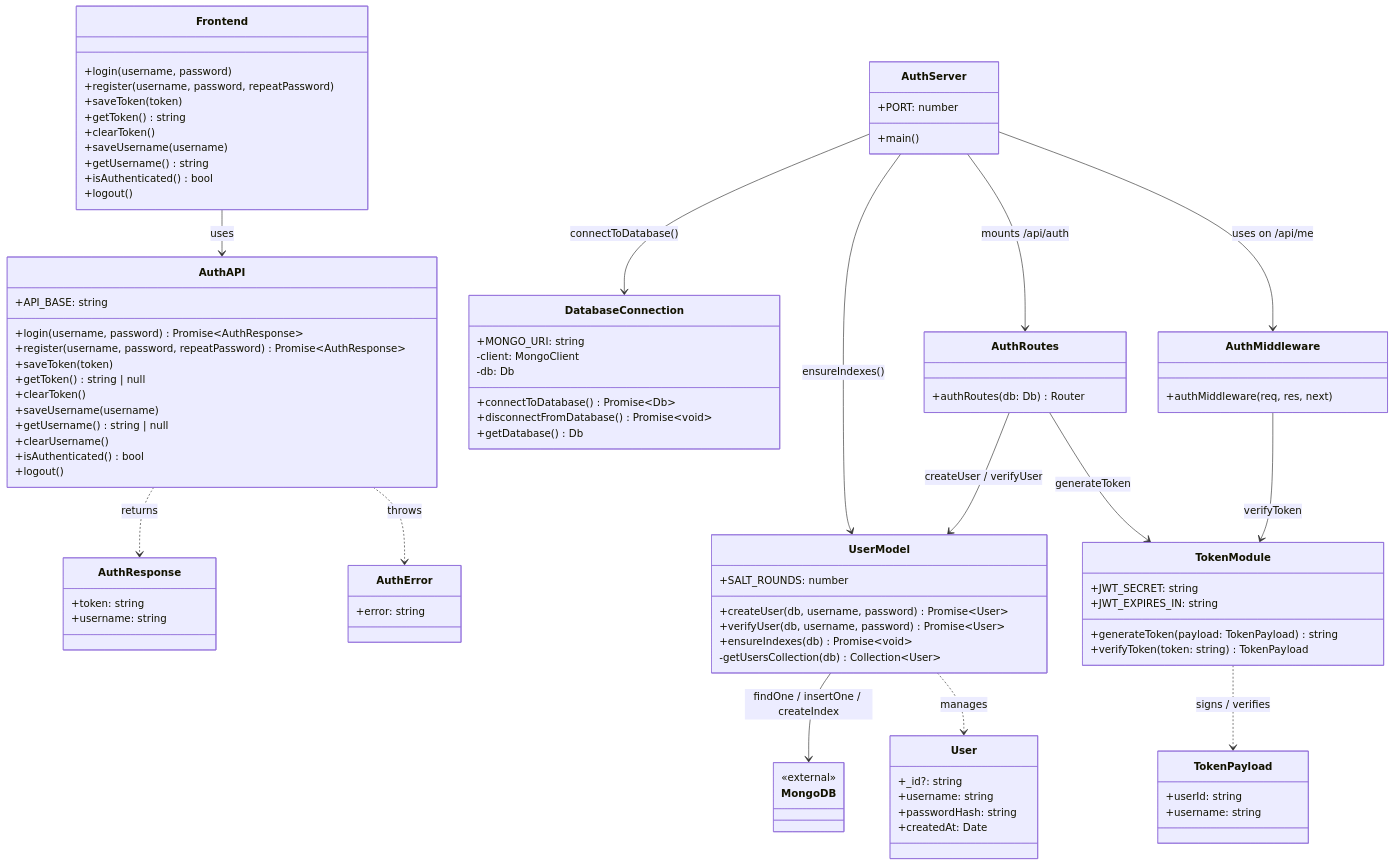
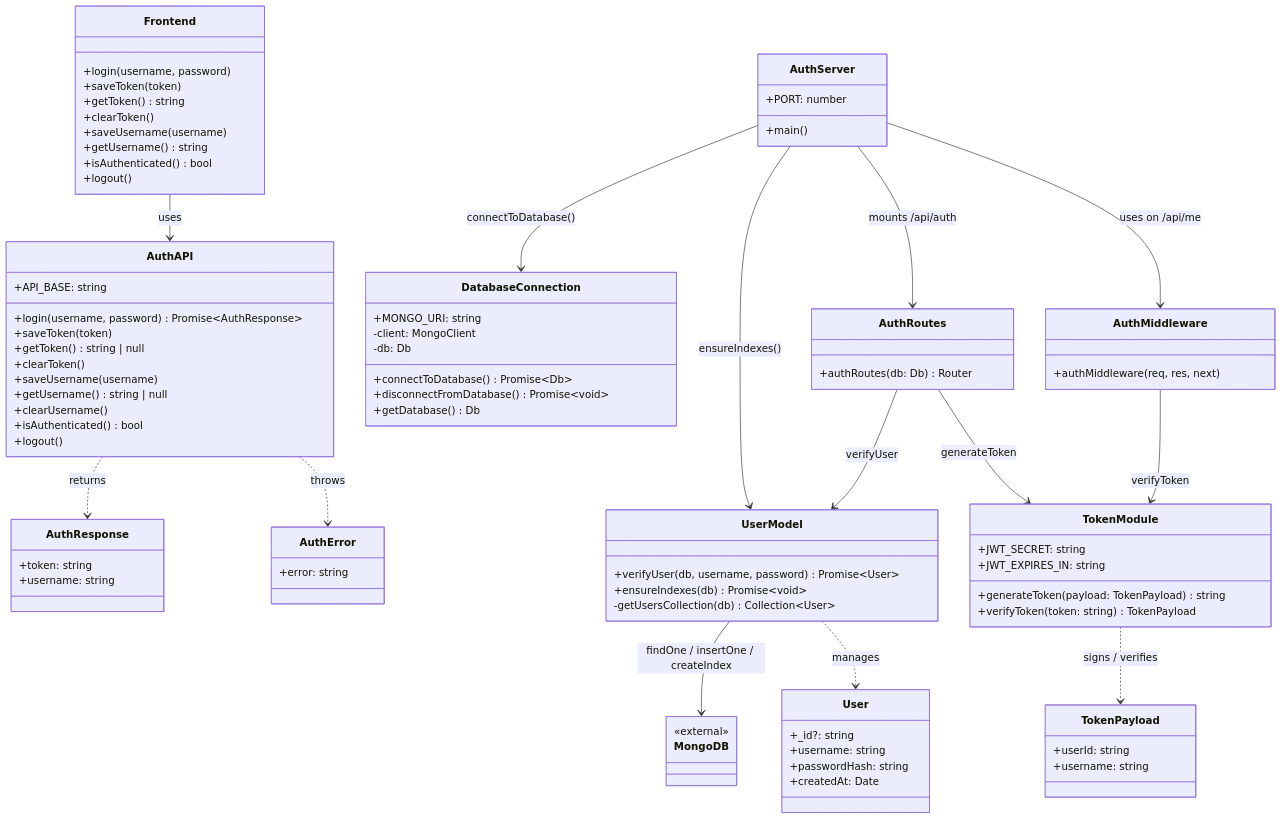
The diagram in docs/auth/AUTH_CLASS.md (franciscosuca/exan), drawn with Mermaid before and after one commit. The commit also changed other lines of this file and 10 other files, not shown here.

```diff
--- a/docs/auth/AUTH_CLASS.md
+++ b/docs/auth/AUTH_CLASS.md
@@ -8,7 +8,6 @@
 
     class Frontend {
         +login(username, password)
-        +register(username, password, repeatPassword)
         +saveToken(token)
         +getToken() string
         +clearToken()
@@ -21,7 +20,6 @@
     class AuthAPI {
         +API_BASE: string
         +login(username, password) Promise~AuthResponse~
-        +register(username, password, repeatPassword) Promise~AuthResponse~
         +saveToken(token)
         +getToken() string | null
         +clearToken()
@@ -60,8 +58,6 @@
     }
 
     class UserModel {
-        +SALT_ROUNDS: number
-        +createUser(db, username, password) Promise~User~
         +verifyUser(db, username, password) Promise~User~
         +ensureIndexes(db) Promise~void~
         -getUsersCollection(db) Collection~User~
@@ -103,7 +99,7 @@
     AuthServer --> AuthRoutes : mounts /api/auth
     AuthServer --> AuthMiddleware : uses on /api/me
 
-    AuthRoutes --> UserModel : createUser / verifyUser
+    AuthRoutes --> UserModel : verifyUser
     AuthRoutes --> TokenModule : generateToken
 
     UserModel --> MongoDB : findOne / insertOne / createIndex
```
